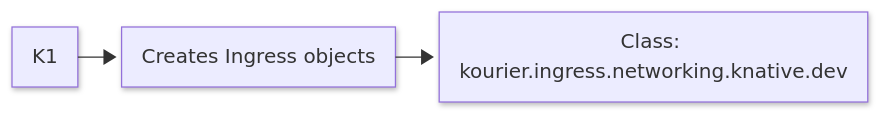
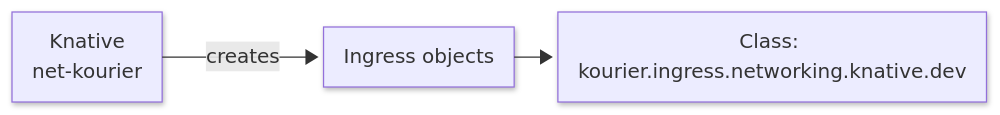
Before and after one commit to knative/docs: the first of 4 diagrams in docs/versioned/serving/config-network-adapters.md, drawn with Mermaid. The commit also changed other lines of this file, not shown here.

````diff
--- a/docs/versioned/serving/config-network-adapters.md
+++ b/docs/versioned/serving/config-network-adapters.md
@@ -44,13 +18,11 @@
     ```mermaid
     ---
     config:
       theme: default
       layout: elk
       look: neo
     ---
     flowchart LR
-    K2["Creates Ingress objects"]
-    K3["Class: kourier.ingress.networking.knative.dev"]
-    K1 --> K2
-    K2 --> K3
+    K1["Knative<br>net-kourier"] -- creates --> K2["Ingress&nbsp;objects"]
+    K2 --> K3["Class: kourier.ingress.networking.knative.dev"]
     ```
````
